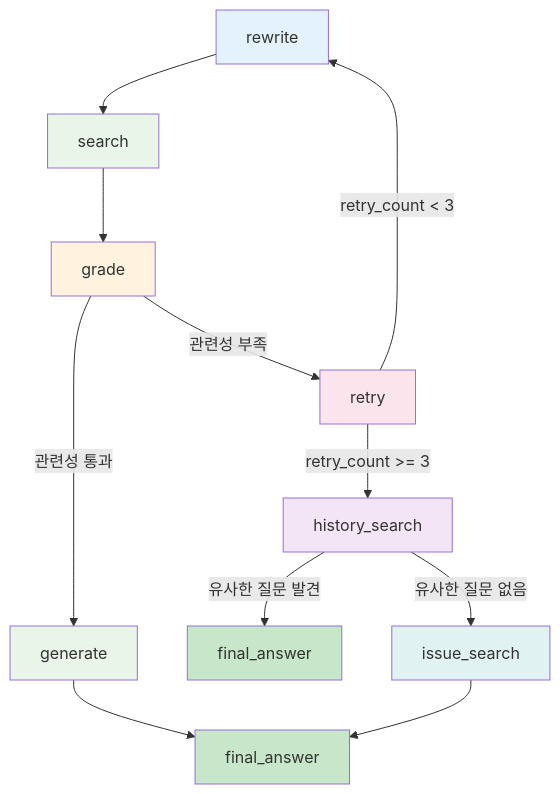
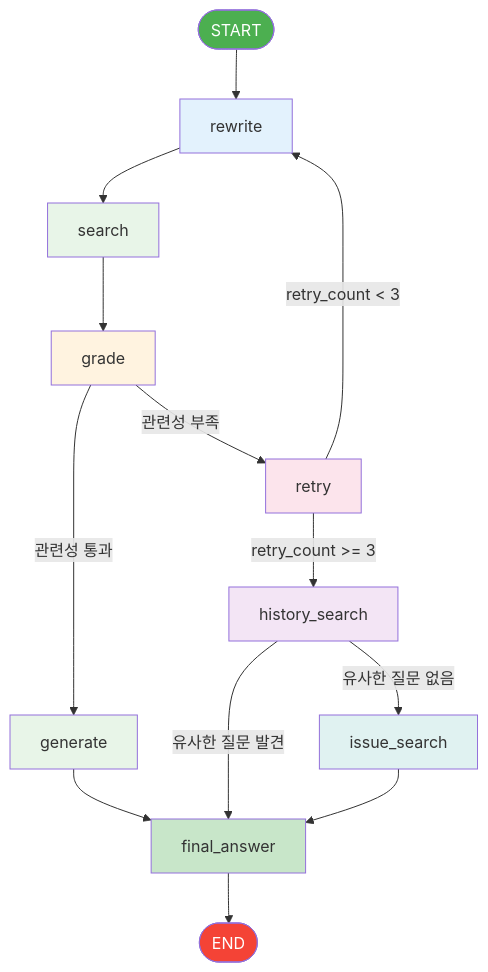
The second of 2 diagrams in 02_chatbot_agent/README.md (palendy/02_AI_Agent), drawn with Mermaid before and after one commit.

Commit message:
docs: LangGraph 다이어그램에 START/END 노드 추가
- START 노드 추가: 워크플로우 시작점 명시
- END 노드 추가: 워크플로우 종료점 명시
- final_answer 노드 중복 제거: 모든 경로가 하나의 final_answer로 수렴
- START/END 노드에 구분되는 색상 적용 (초록색/빨간색)
- LangGraph의 표준 구조에 맞게 수정

````diff
--- a/02_chatbot_agent/README.md
+++ b/02_chatbot_agent/README.md
@@ -178,23 +178,26 @@
 ```mermaid
 graph TD
-    A[rewrite] --> B[search]
+    START([START]) --> A[rewrite]
+    A --> B[search]
     B --> C[grade]
     C -->|관련성 통과| D[generate]
     C -->|관련성 부족| E[retry]
     E -->|retry_count < 3| A
     E -->|retry_count >= 3| F[history_search]
     F -->|유사한 질문 발견| G[final_answer]
     F -->|유사한 질문 없음| H[issue_search]
-    H --> I[final_answer]
-    D --> I
+    H --> G
+    D --> G
+    G --> END([END])
     
+    style START fill:#4caf50,color:#fff
+    style END fill:#f44336,color:#fff
     style A fill:#e3f2fd
     style B fill:#e8f5e8
     style C fill:#fff3e0
     style D fill:#e8f5e8
     style E fill:#fce4ec
     style F fill:#f3e5f5
     style G fill:#c8e6c9
     style H fill:#e0f2f1
-    style I fill:#c8e6c9
 ```
````
